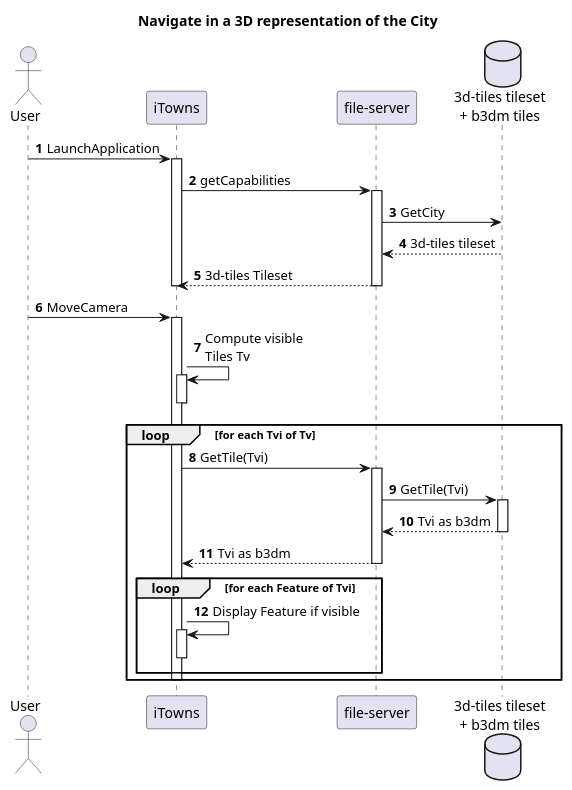
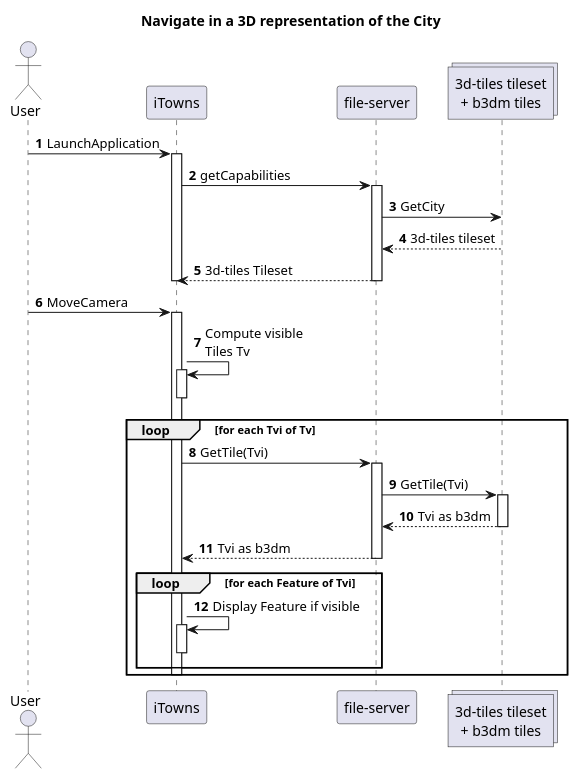
One commit to VCityTeam/UD-SV changed the diagram in Doc/Devel/Architecture/Diagrams/3DNavigation.puml. Above: the diagram before and after it, drawn with PlantUML. The commit also changed 3 other files, not shown here.

```diff
--- a/Doc/Devel/Architecture/Diagrams/3DNavigation.puml
+++ b/Doc/Devel/Architecture/Diagrams/3DNavigation.puml
@@ -1,47 +1,47 @@
 @startuml
 autonumber
 
 title Navigate in a 3D representation of the City
 
 actor User
 participant iTowns
 participant "file-server" as FS
-database "3d-tiles tileset\n+ b3dm tiles" as TB3DM
+collections "3d-tiles tileset\n+ b3dm tiles" as TB3DM
 
 'Launch application
 User -> iTowns : LaunchApplication
 activate iTowns
 iTowns -> FS : getCapabilities
 activate FS
 FS -> TB3DM : GetCity
 TB3DM --> FS : 3d-tiles tileset
 FS --> iTowns : 3d-tiles Tileset
 deactivate FS
 deactivate iTowns
 
 'Move Camera
 User -> iTowns : MoveCamera
 activate iTowns
 iTowns -> iTowns : Compute visible\nTiles Tv
 activate iTowns
 deactivate iTowns
 
 loop for each Tvi of Tv
   iTowns -> FS : GetTile(Tvi)
   activate FS
   FS -> TB3DM : GetTile(Tvi)
   activate TB3DM
   TB3DM --> FS : Tvi as b3dm
   deactivate TB3DM
   FS --> iTowns : Tvi as b3dm
   deactivate FS
 
   loop for each Feature of Tvi
     iTowns -> iTowns : Display Feature if visible
     activate iTowns
     deactivate iTowns
   end
 
   deactivate iTowns
 end
 @enduml
```
